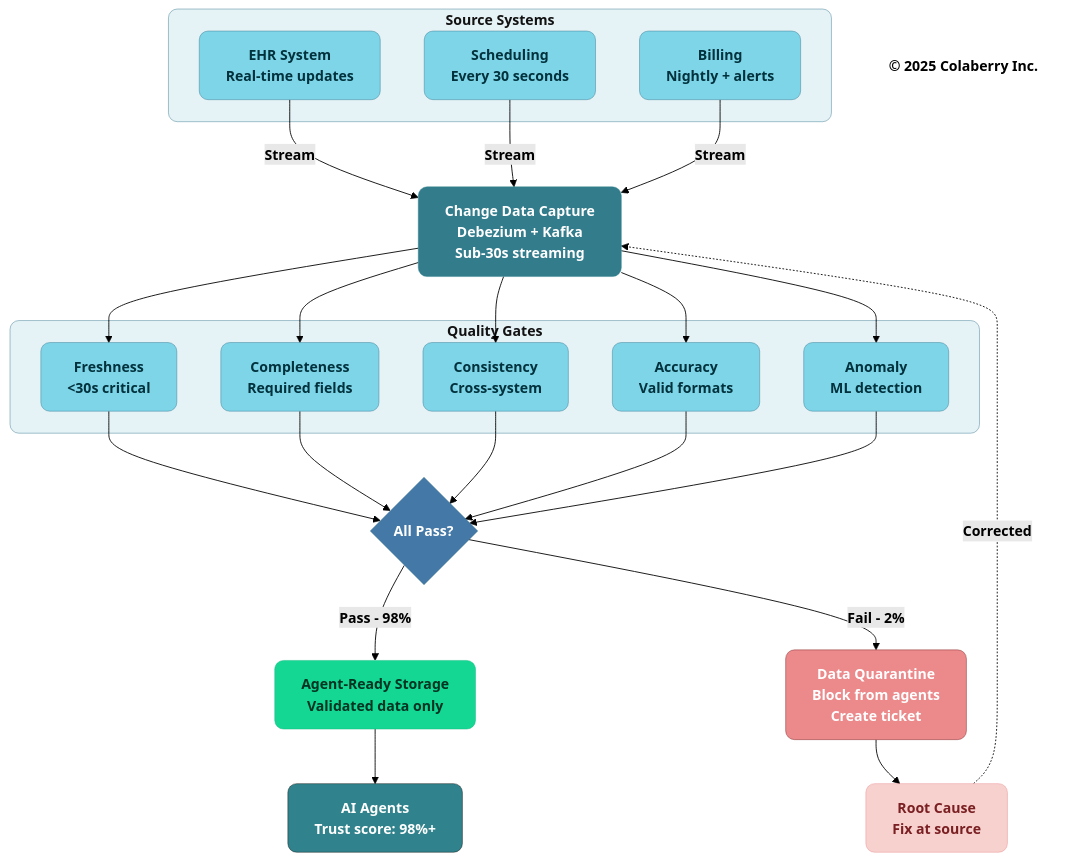
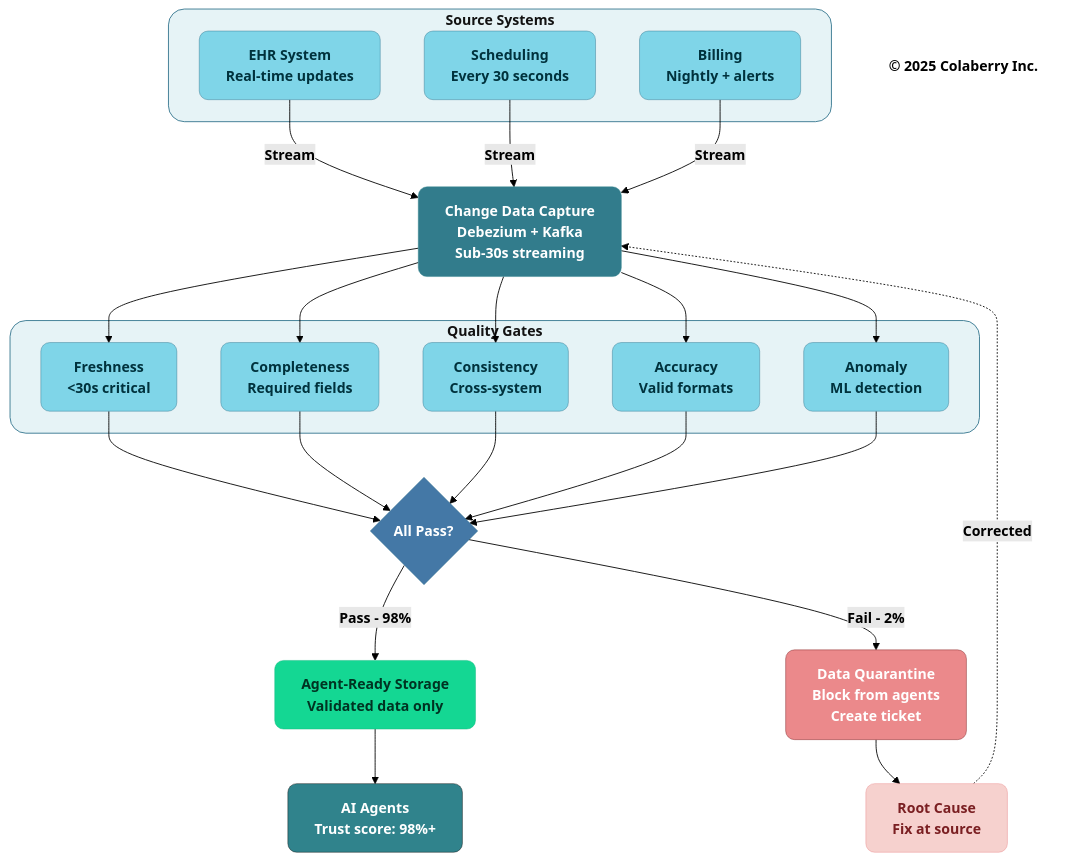
Before and after one commit to saitejesh-cyber/trust-before-intelligence-book: diagram 11 of 14 in manuscript/08_chapter_7_goals_framework.md, drawn with Mermaid (forest theme). The commit also changed other lines of this file and 12 other files, not shown here.

````diff
--- a/manuscript/08_chapter_7_goals_framework.md
+++ b/manuscript/08_chapter_7_goals_framework.md
@@ -1509,70 +1509,70 @@
 ```mermaid
 graph TB
     subgraph SOURCES["<b>Source Systems</b>"]
         S1["<b>EHR System</b><br/><b>Real-time updates</b>"]
         S2["<b>Scheduling</b><br/><b>Every 30 seconds</b>"]
         S3["<b>Billing</b><br/><b>Nightly + alerts</b>"]
     end
     
     CDC["<b>Change Data Capture</b><br/><b>Debezium + Kafka</b><br/><b>Sub-30s streaming</b>"]
     
     S1 -->|<b>Stream</b>| CDC
     S2 -->|<b>Stream</b>| CDC
     S3 -->|<b>Stream</b>| CDC
     
     subgraph CHECKS["<b>Quality Gates</b>"]
         Q1["<b>Freshness</b><br/><b><30s critical</b>"]
         Q2["<b>Completeness</b><br/><b>Required fields</b>"]
         Q3["<b>Consistency</b><br/><b>Cross-system</b>"]
         Q4["<b>Accuracy</b><br/><b>Valid formats</b>"]
         Q5["<b>Anomaly</b><br/><b>ML detection</b>"]
     end
     
     CDC --> Q1
     CDC --> Q2
     CDC --> Q3
     CDC --> Q4
     CDC --> Q5
     
     GATE{<b>All Pass?</b>}
     
     Q1 --> GATE
     Q2 --> GATE
     Q3 --> GATE
     Q4 --> GATE
     Q5 --> GATE
     
     GATE -->|<b>Pass - 98%</b>| STORAGE["<b>Agent-Ready Storage</b><br/><b>Validated data only</b>"]
     
     GATE -->|<b>Fail - 2%</b>| QUARANTINE["<b>Data Quarantine</b><br/><b>Block from agents</b><br/><b>Create ticket</b>"]
     
     STORAGE --> AGENTS["<b>AI Agents</b><br/><b>Trust score: 98%+</b>"]
     
     QUARANTINE --> FIX["<b>Root Cause</b><br/><b>Fix at source</b>"]
     FIX -.->|<b>Corrected</b>| CDC
     
-    style SOURCES fill:#E6F3F6,stroke:#32738C,stroke-width:0.5px,color:#121212,rx:10,ry:10
+    style SOURCES fill:#E6F3F6,stroke:#32738C,stroke-width:1px,color:#121212,rx:18,ry:18
     style S1 fill:#7FD5E8,stroke:#32738C,stroke-width:0.5px,color:#00323D,rx:10,ry:10
     style S2 fill:#7FD5E8,stroke:#32738C,stroke-width:0.5px,color:#00323D,rx:10,ry:10
     style S3 fill:#7FD5E8,stroke:#32738C,stroke-width:0.5px,color:#00323D,rx:10,ry:10
     
     style CDC fill:#327C8C,stroke:#30838C,stroke-width:0.5px,color:#ffffff,rx:10,ry:10
     
-    style CHECKS fill:#E6F3F6,stroke:#32738C,stroke-width:0.5px,color:#121212,rx:10,ry:10
+    style CHECKS fill:#E6F3F6,stroke:#32738C,stroke-width:1px,color:#121212,rx:18,ry:18
     style Q1 fill:#7FD5E8,stroke:#32738C,stroke-width:0.5px,color:#00323D,rx:10,ry:10
     style Q2 fill:#7FD5E8,stroke:#32738C,stroke-width:0.5px,color:#00323D,rx:10,ry:10
     style Q3 fill:#7FD5E8,stroke:#32738C,stroke-width:0.5px,color:#00323D,rx:10,ry:10
     style Q4 fill:#7FD5E8,stroke:#32738C,stroke-width:0.5px,color:#00323D,rx:10,ry:10
     style Q5 fill:#7FD5E8,stroke:#32738C,stroke-width:0.5px,color:#00323D,rx:10,ry:10
     
     style GATE fill:#4478A6,stroke:#32738C,stroke-width:0.5px,color:#ffffff,rx:10,ry:10
     
     style STORAGE fill:#14D793,stroke:#0FB67D,stroke-width:0.5px,color:#003322,rx:10,ry:10
     style AGENTS fill:#30838C,stroke:#0D0D0D,stroke-width:0.5px,color:#ffffff,rx:10,ry:10
     
     style QUARANTINE fill:#EB898B,stroke:#7A1F22,stroke-width:0.5px,color:#ffffff,rx:10,ry:10
     style FIX fill:#F6D1CE,stroke:#EB898B,stroke-width:0.5px,color:#7A1F22,rx:10,ry:10
     
     Copyright["<b>© 2025 Colaberry Inc.</b>"]
     style Copyright fill:none,stroke:none,stroke-width:0.5px,color:#000000
 ```
````
